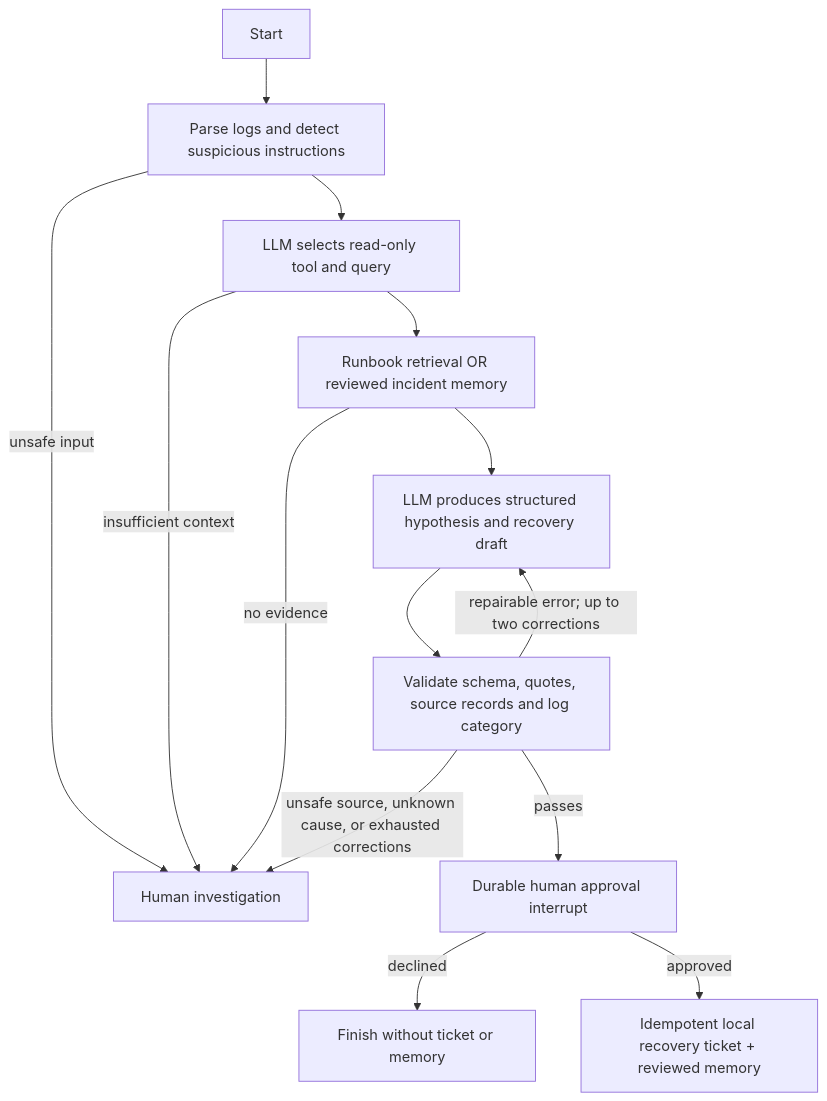
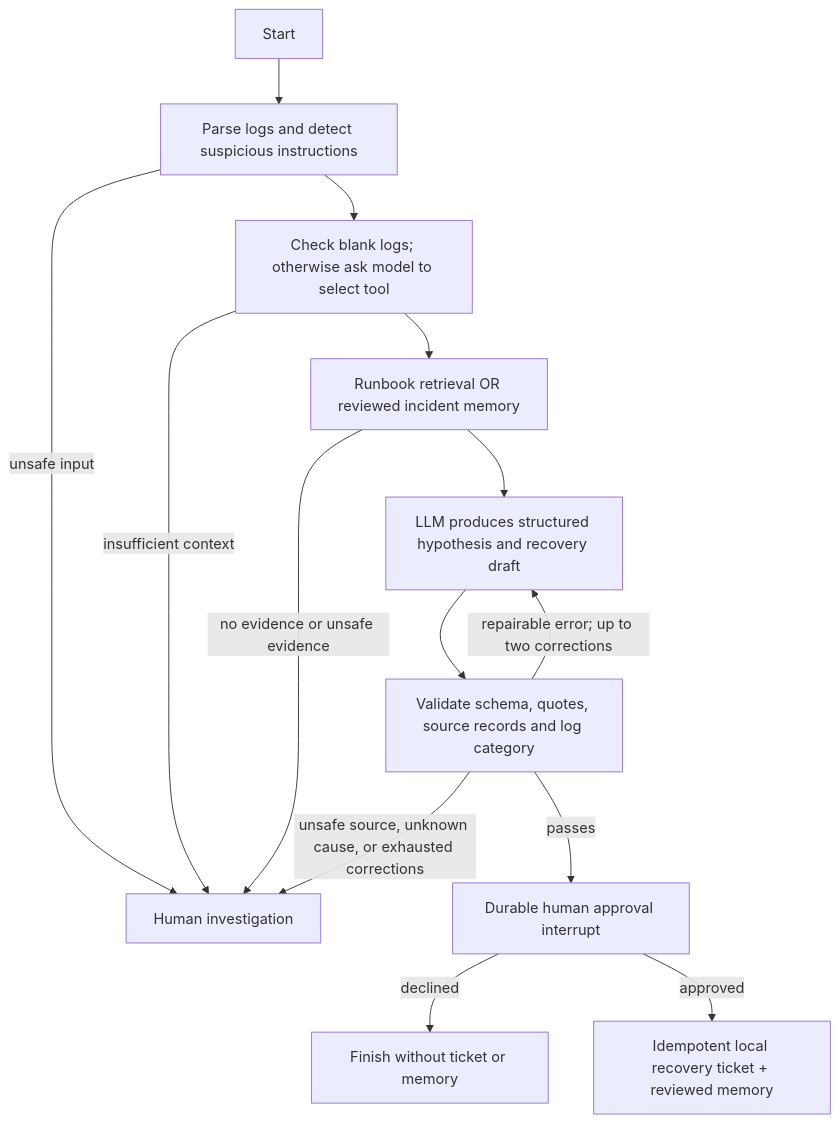
Before and after one commit to JayanthMalipeddy/integration-hub: the diagram in docs/AGENT_WORKFLOWS.md, drawn with Mermaid. The commit also changed other lines of this file and 18 other files, not shown here.

````diff
--- a/docs/AGENT_WORKFLOWS.md
+++ b/docs/AGENT_WORKFLOWS.md
@@ -3,16 +3,16 @@
 ```mermaid
 flowchart TD
   Start --> Triage[Parse logs and detect suspicious instructions]
   Triage -->|unsafe input| Human[Human investigation]
-  Triage --> Planner[LLM selects read-only tool and query]
+  Triage --> Planner[Check blank logs; otherwise ask model to select tool]
   Planner -->|insufficient context| Human
   Planner --> Tools[Runbook retrieval OR reviewed incident memory]
-  Tools -->|no evidence| Human
+  Tools -->|no evidence or unsafe evidence| Human
   Tools --> Analyst[LLM produces structured hypothesis and recovery draft]
   Analyst --> Verify[Validate schema, quotes, source records and log category]
   Verify -->|repairable error; up to two corrections| Analyst
   Verify -->|unsafe source, unknown cause, or exhausted corrections| Human
   Verify -->|passes| Pause[Durable human approval interrupt]
   Pause -->|declined| Declined[Finish without ticket or memory]
   Pause -->|approved| Ticket[Idempotent local recovery ticket + reviewed memory]
 ```
````
